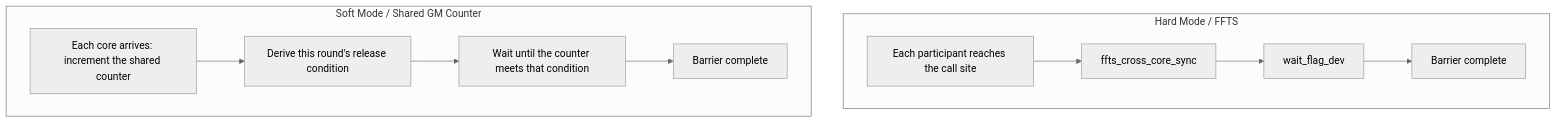
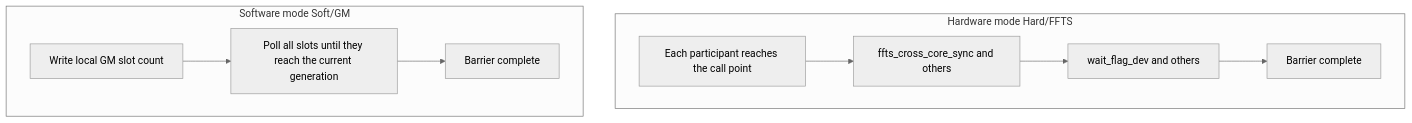
Before and after one commit to zouzias/pto-isa-mirror: the diagram in docs/isa/SYNCALL.md, drawn with Mermaid (neutral theme). The commit also changed other lines of this file and 151 other files, not shown here.

First line of the commit message:
docs: sync English ISA/menu docs and fix zh link in auto_mode

````diff
--- a/docs/isa/SYNCALL.md
+++ b/docs/isa/SYNCALL.md
@@ -7,13 +11,12 @@
 ```mermaid
 flowchart TB
-  subgraph hard [Hard Mode / FFTS]
-    H1[Each participant reaches the call site] --> H2[ffts_cross_core_sync]
-    H2 --> H3[wait_flag_dev]
+  subgraph hard [Hardware mode Hard/FFTS]
+    H1[Each participant reaches the call point] --> H2[ffts_cross_core_sync and others]
+    H2 --> H3[wait_flag_dev and others]
     H3 --> H4[Barrier complete]
   end
-  subgraph soft [Soft Mode / Shared GM Counter]
-    S1[Each core arrives: increment the shared counter] --> S2[Derive this round's release condition]
-    S2 --> S3[Wait until the counter meets that condition]
-    S3 --> S4[Barrier complete]
+  subgraph soft [Software mode Soft/GM]
+    S1[Write local GM slot count] --> S2[Poll all slots until they reach the current generation]
+    S2 --> S3[Barrier complete]
   end
 ```
````
